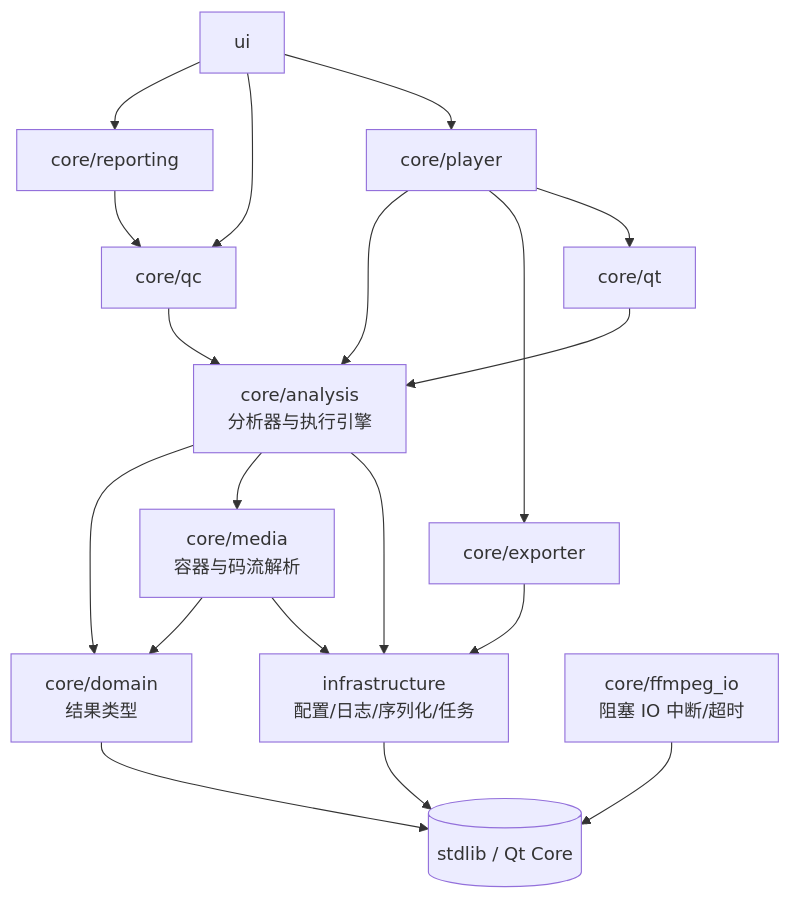
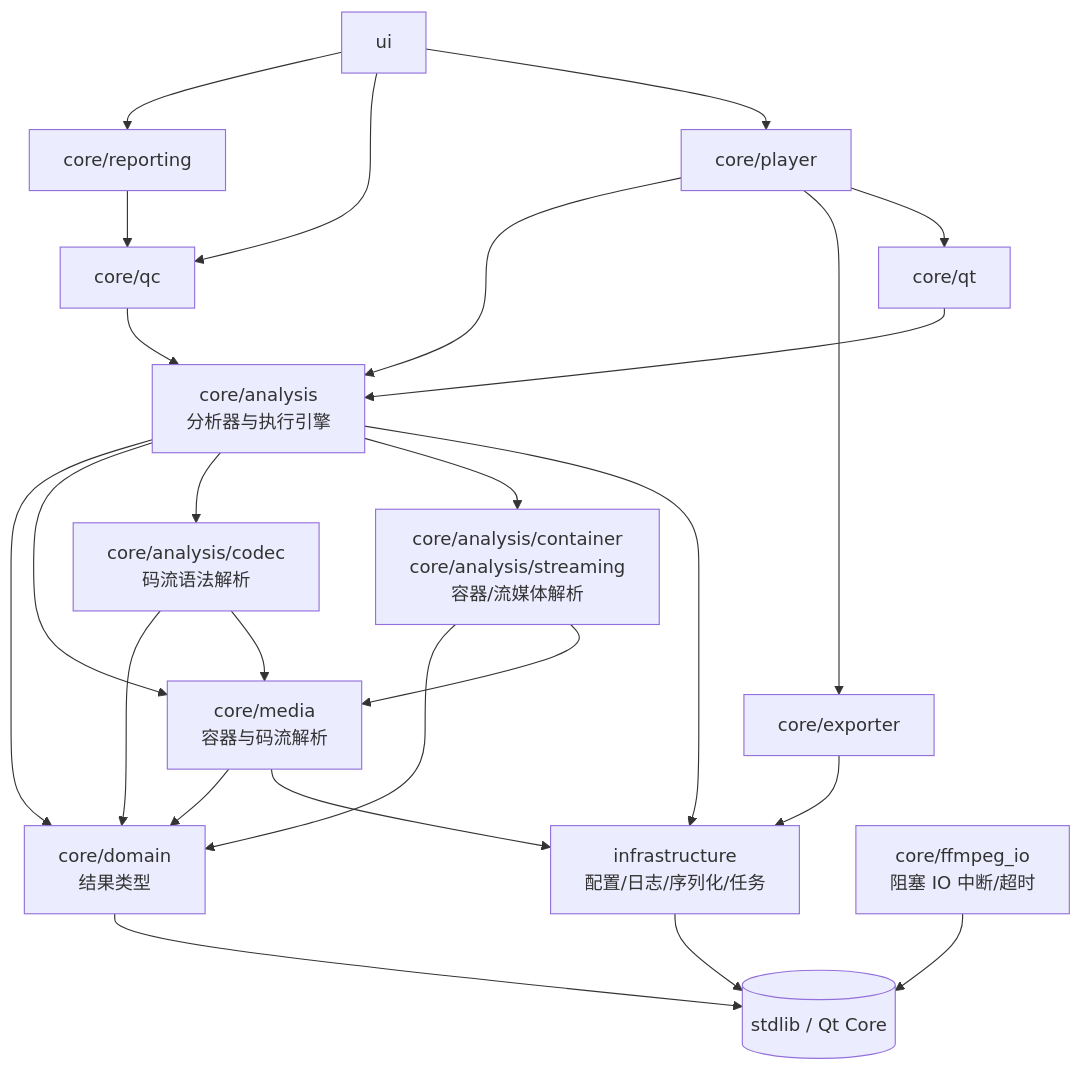
Before and after one commit to HZer0K/VideoEye: the diagram in docs/ARCHITECTURE.md, drawn with Mermaid. The commit also changed other lines of this file and 4 other files, not shown here.

First line of the commit message:
refactor(build): 抽出 UiTheme 与 AnalysisPackage 两个模块，消除测试里的重复编译

````diff
--- a/docs/ARCHITECTURE.md
+++ b/docs/ARCHITECTURE.md
@@ -46,21 +48,27 @@
 ```mermaid
 graph TD
     DOMAIN[core/domain<br/>结果类型] --> STD[(stdlib / Qt Core)]
     INFRA[infrastructure<br/>配置/日志/序列化/任务] --> STD
     FFIO[core/ffmpeg_io<br/>阻塞 IO 中断/超时] --> STD
     MEDIA[core/media<br/>容器与码流解析] --> DOMAIN
     MEDIA --> INFRA
+    CODEC[core/analysis/codec<br/>码流语法解析] --> DOMAIN
+    CODEC --> MEDIA
+    PACKAGE[core/analysis/container<br/>core/analysis/streaming<br/>容器/流媒体解析] --> DOMAIN
+    PACKAGE --> MEDIA
     ANALYSIS[core/analysis<br/>分析器与执行引擎] --> DOMAIN
     ANALYSIS --> MEDIA
+    ANALYSIS --> CODEC
+    ANALYSIS --> PACKAGE
     ANALYSIS --> INFRA
     EXPORTER[core/exporter] --> INFRA
     PLAYBACK[core/player] --> ANALYSIS
     PLAYBACK --> EXPORTER
     PLAYBACK --> QTADAPTER
     QC[core/qc] --> ANALYSIS
     REPORTING[core/reporting] --> QC
     QTADAPTER[core/qt] --> ANALYSIS
     UI[ui] --> REPORTING
     UI --> QC
     UI --> PLAYBACK
 ```
````
